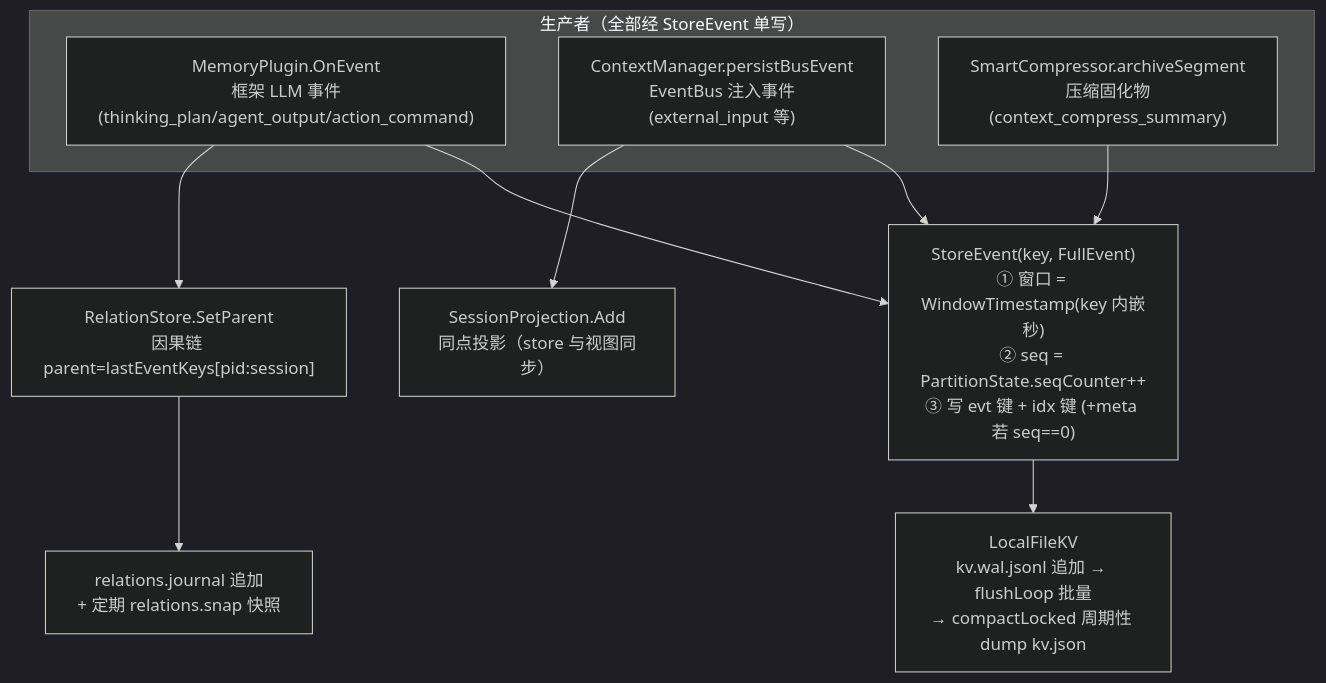
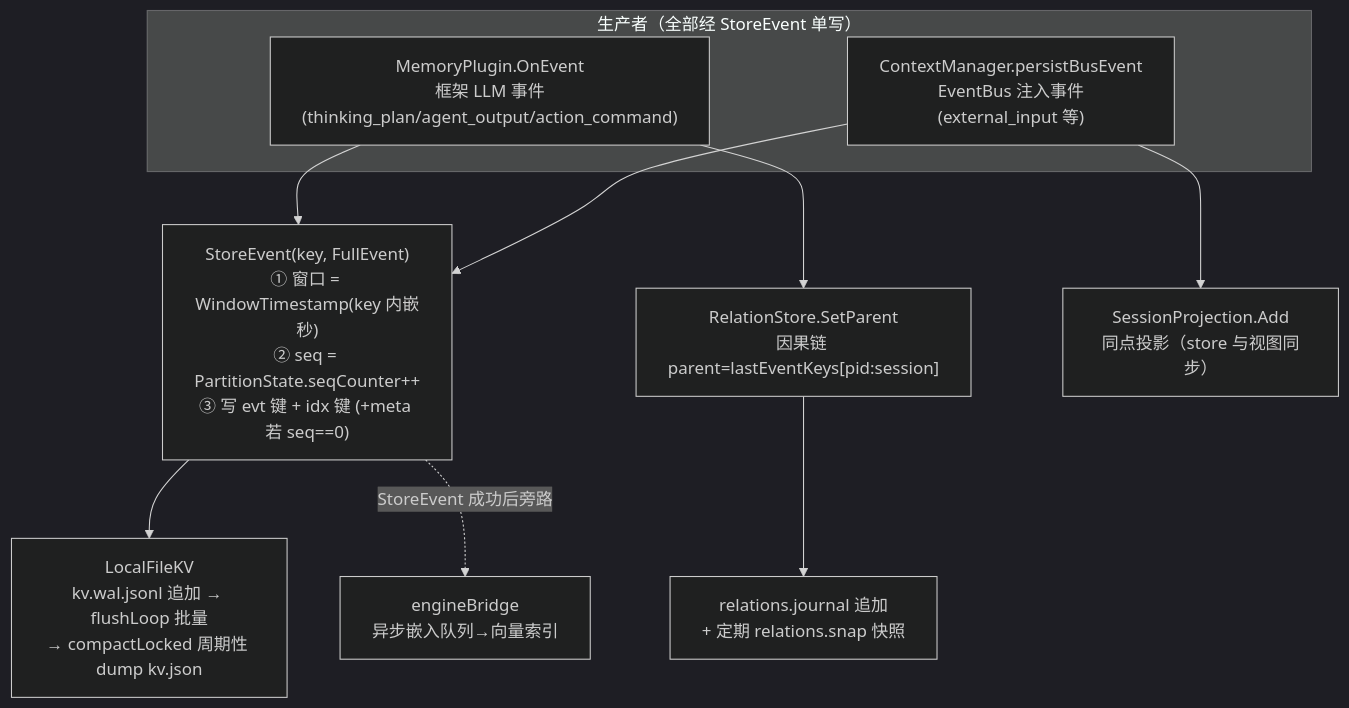
The eighth of 10 diagrams in docs/wiki/memory/memory-architecture.md (SpellingDragon/tagent), drawn with Mermaid (dark theme) before and after one commit. The commit also changed other lines of this file and 6 other files, not shown here.

````diff
--- a/docs/wiki/memory/memory-architecture.md
+++ b/docs/wiki/memory/memory-architecture.md
@@ -1019,15 +1015,14 @@
 ```mermaid
 graph TB
     subgraph PROD["生产者（全部经 StoreEvent 单写）"]
         P1["MemoryPlugin.OnEvent<br/>框架 LLM 事件<br/>(thinking_plan/agent_output/action_command)"]
         P2["ContextManager.persistBusEvent<br/>EventBus 注入事件<br/>(external_input 等)"]
-        P3["SmartCompressor.archiveSegment<br/>压缩固化物<br/>(context_compress_summary)"]
     end
     P1 --> SE["StoreEvent(key, FullEvent)<br/>① 窗口 = WindowTimestamp(key 内嵌秒)<br/>② seq = PartitionState.seqCounter++<br/>③ 写 evt 键 + idx 键 (+meta 若 seq==0)"]
     P2 --> SE
-    P3 --> SE
     P1 --> REL["RelationStore.SetParent<br/>因果链 parent=lastEventKeys[pid:session]"]
     P2 --> PROJ["SessionProjection.Add<br/>同点投影（store 与视图同步）"]
     SE --> KV["LocalFileKV<br/>kv.wal.jsonl 追加 → flushLoop 批量<br/>→ compactLocked 周期性 dump kv.json"]
     REL --> RJ["relations.journal 追加<br/>+ 定期 relations.snap 快照"]
+    SE -.StoreEvent 成功后旁路.-> ENG["engineBridge<br/>异步嵌入队列→向量索引"]
 ```
````
